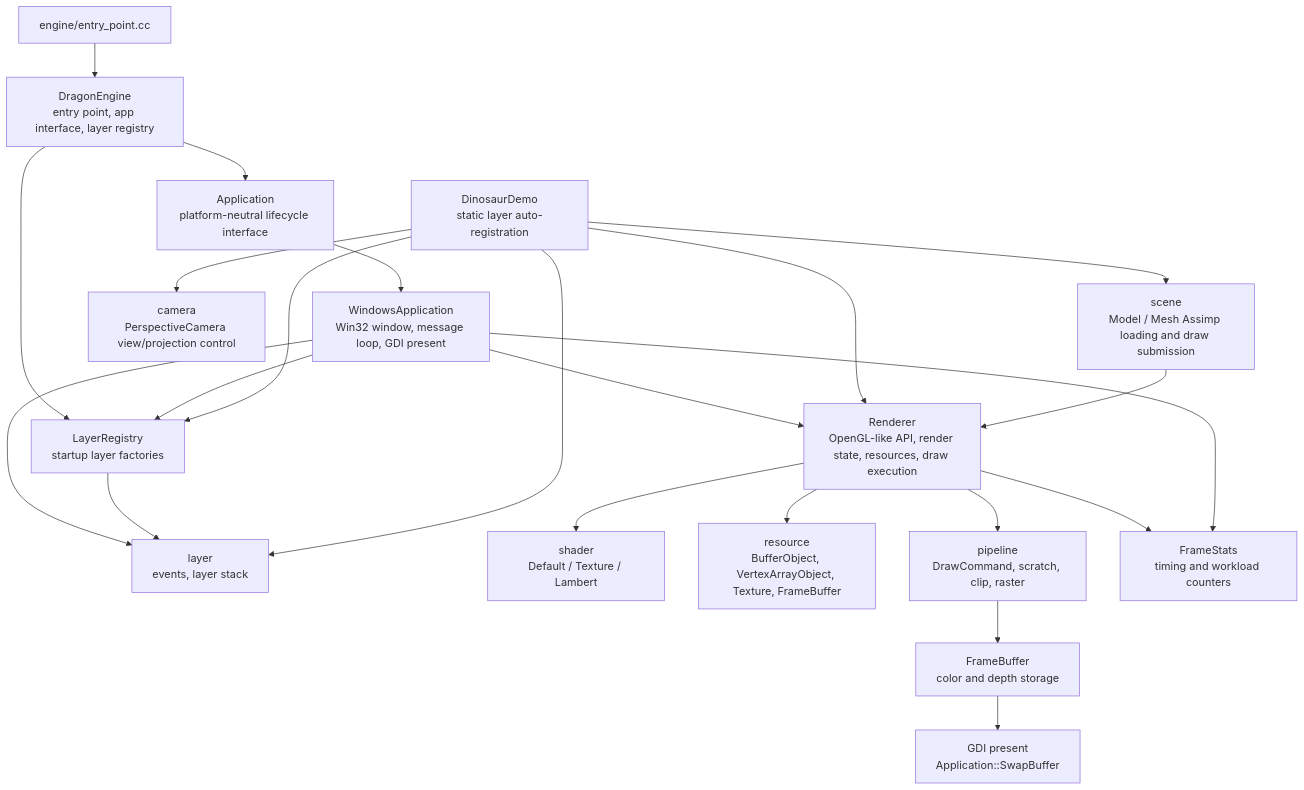
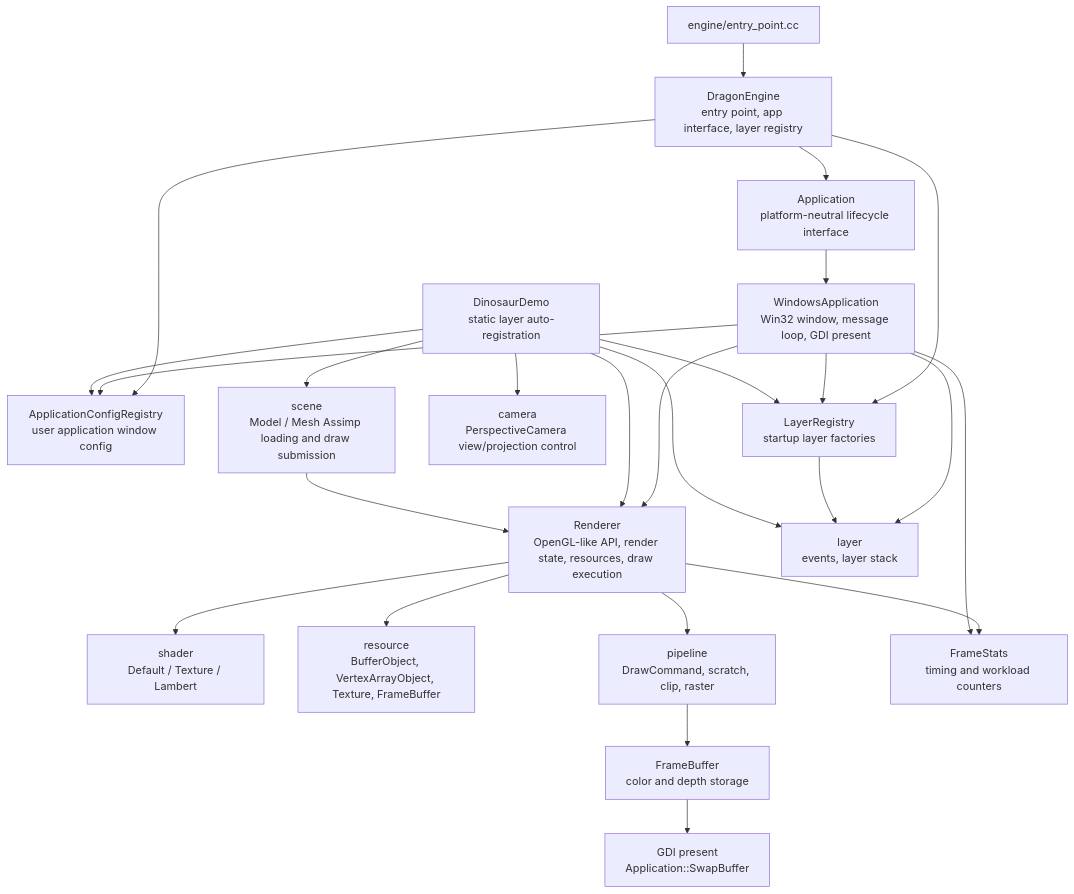
Before and after one commit to hangge1/DragonRenderer: the first of 6 diagrams in docs/ARCHITECTURE.md, drawn with Mermaid. The commit also changed other lines of this file and 12 other files, not shown here.

Commit message:
refactor: register application window config

````diff
--- a/docs/ARCHITECTURE.md
+++ b/docs/ARCHITECTURE.md
@@ -9,41 +9,45 @@
 ```mermaid
 flowchart TB
     Entry["engine/entry_point.cc"]
     Engine["DragonEngine<br/>entry point, app interface, layer registry"]
     App["Application<br/>platform-neutral lifecycle interface"]
+    AppConfig["ApplicationConfigRegistry<br/>user application window config"]
     Win32App["WindowsApplication<br/>Win32 window, message loop, GDI present"]
     LayerRegistry["LayerRegistry<br/>startup layer factories"]
     DinosaurDemo["DinosaurDemo<br/>static layer auto-registration"]
     Renderer["Renderer<br/>OpenGL-like API, render state, resources, draw execution"]
     LayerSystem["layer<br/>events, layer stack"]
     Camera["camera<br/>PerspectiveCamera view/projection control"]
     Model["scene<br/>Model / Mesh Assimp loading and draw submission"]
     Shader["shader<br/>Default / Texture / Lambert"]
     Resources["resource<br/>BufferObject, VertexArrayObject, Texture, FrameBuffer"]
     Pipeline["pipeline<br/>DrawCommand, scratch, clip, raster"]
     FrameBuffer["FrameBuffer<br/>color and depth storage"]
     Present["GDI present<br/>Application::SwapBuffer"]
     Stats["FrameStats<br/>timing and workload counters"]
 
     Entry --> Engine
     Engine --> App
+    Engine --> AppConfig
     Engine --> LayerRegistry
     App --> Win32App
+    Win32App --> AppConfig
     Win32App --> Renderer
     Win32App --> LayerSystem
     Win32App --> LayerRegistry
     DinosaurDemo --> LayerRegistry
+    DinosaurDemo --> AppConfig
     LayerRegistry --> LayerSystem
     DinosaurDemo --> LayerSystem
     DinosaurDemo --> Camera
     DinosaurDemo --> Model
     DinosaurDemo --> Renderer
     Model --> Renderer
     Renderer --> Resources
     Renderer --> Shader
     Renderer --> Pipeline
     Pipeline --> FrameBuffer
     Renderer --> Stats
     Win32App --> Stats
     FrameBuffer --> Present
 ```
````
